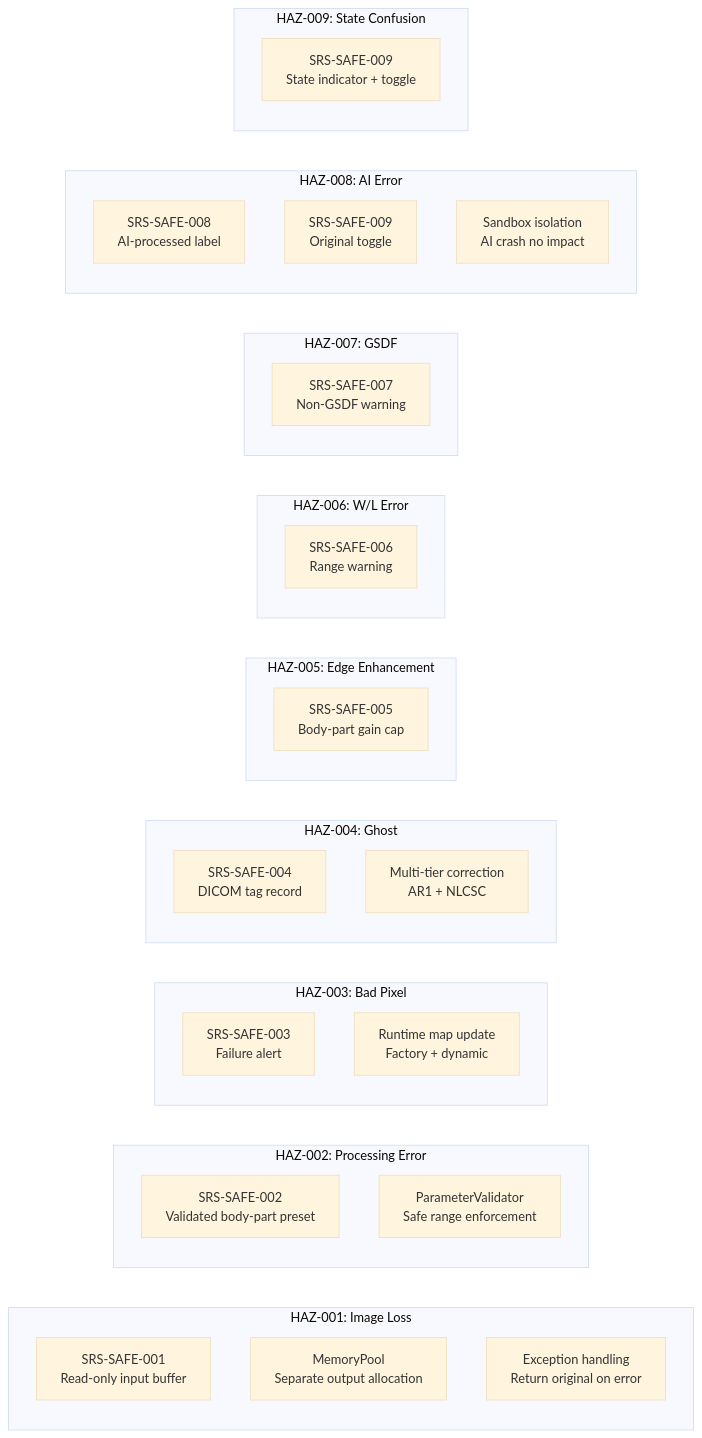
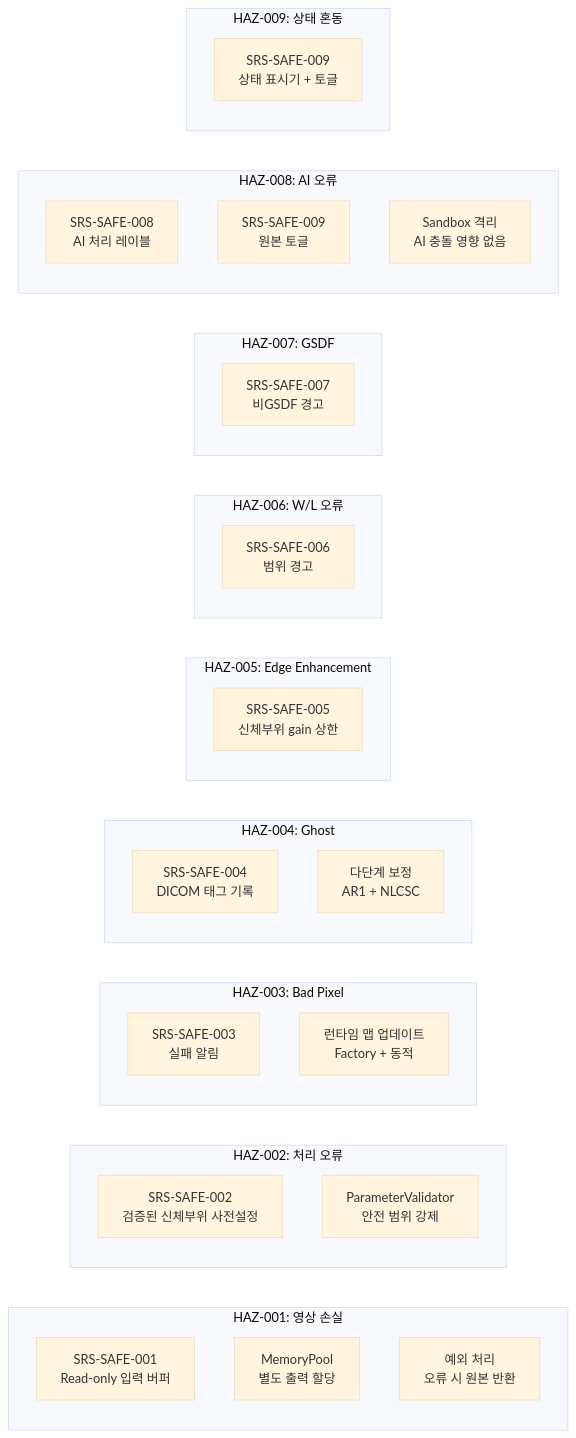
Before and after one commit to holee9/image-processing: the diagram in docs/post-processing/xpe/XPE-SHA-001_Software_Hazard_Analysis.md, drawn with Mermaid (base theme). The commit also changed other lines of this file and 51 other files, not shown here.

````diff
--- a/docs/post-processing/xpe/XPE-SHA-001_Software_Hazard_Analysis.md
+++ b/docs/post-processing/xpe/XPE-SHA-001_Software_Hazard_Analysis.md
@@ -150,45 +150,45 @@
 ```mermaid
 graph LR
-    subgraph "HAZ-001: Image Loss"
-        RC1A[SRS-SAFE-001<br/>Read-only input buffer]
-        RC1B[MemoryPool<br/>Separate output allocation]
-        RC1C[Exception handling<br/>Return original on error]
+    subgraph "HAZ-001: 영상 손실"
+        RC1A[SRS-SAFE-001<br/>Read-only 입력 버퍼]
+        RC1B[MemoryPool<br/>별도 출력 할당]
+        RC1C[예외 처리<br/>오류 시 원본 반환]
     end
 
-    subgraph "HAZ-002: Processing Error"
-        RC2A[SRS-SAFE-002<br/>Validated body-part preset]
-        RC2B[ParameterValidator<br/>Safe range enforcement]
+    subgraph "HAZ-002: 처리 오류"
+        RC2A[SRS-SAFE-002<br/>검증된 신체부위 사전설정]
+        RC2B[ParameterValidator<br/>안전 범위 강제]
     end
 
     subgraph "HAZ-003: Bad Pixel"
-        RC3A[SRS-SAFE-003<br/>Failure alert]
-        RC3B[Runtime map update<br/>Factory + dynamic]
+        RC3A[SRS-SAFE-003<br/>실패 알림]
+        RC3B[런타임 맵 업데이트<br/>Factory + 동적]
     end
 
     subgraph "HAZ-004: Ghost"
-        RC4A[SRS-SAFE-004<br/>DICOM tag record]
-        RC4B[Multi-tier correction<br/>AR1 + NLCSC]
+        RC4A[SRS-SAFE-004<br/>DICOM 태그 기록]
+        RC4B[다단계 보정<br/>AR1 + NLCSC]
     end
 
     subgraph "HAZ-005: Edge Enhancement"
-        RC5[SRS-SAFE-005<br/>Body-part gain cap]
+        RC5[SRS-SAFE-005<br/>신체부위 gain 상한]
     end
 
-    subgraph "HAZ-006: W/L Error"
-        RC6[SRS-SAFE-006<br/>Range warning]
+    subgraph "HAZ-006: W/L 오류"
+        RC6[SRS-SAFE-006<br/>범위 경고]
     end
 
     subgraph "HAZ-007: GSDF"
-        RC7[SRS-SAFE-007<br/>Non-GSDF warning]
+        RC7[SRS-SAFE-007<br/>비GSDF 경고]
     end
 
-    subgraph "HAZ-008: AI Error"
-        RC8A[SRS-SAFE-008<br/>AI-processed label]
-        RC8B[SRS-SAFE-009<br/>Original toggle]
-        RC8C[Sandbox isolation<br/>AI crash no impact]
+    subgraph "HAZ-008: AI 오류"
+        RC8A[SRS-SAFE-008<br/>AI 처리 레이블]
+        RC8B[SRS-SAFE-009<br/>원본 토글]
+        RC8C[Sandbox 격리<br/>AI 충돌 영향 없음]
     end
 
-    subgraph "HAZ-009: State Confusion"
-        RC9[SRS-SAFE-009<br/>State indicator + toggle]
+    subgraph "HAZ-009: 상태 혼동"
+        RC9[SRS-SAFE-009<br/>상태 표시기 + 토글]
     end
 ```
````
